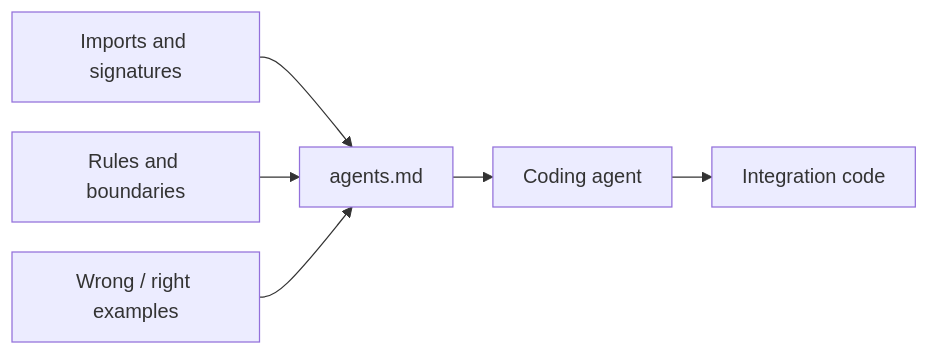
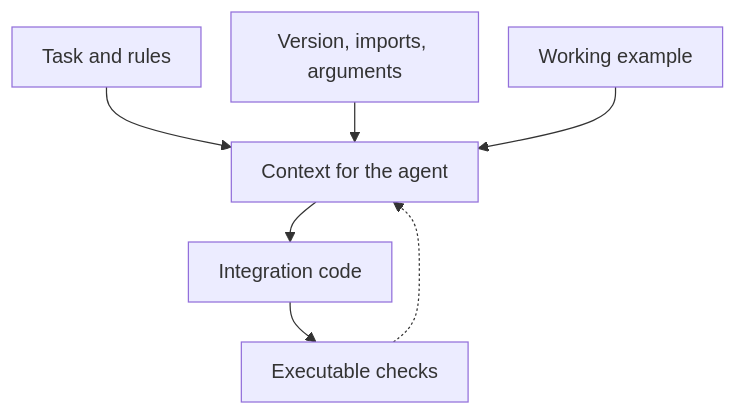
Before and after one commit to bedrock-python/bedrock-python.github.io: the diagram in docs/blog/posts/2026-09-07-documentation-for-ai-coding-agents.md, drawn with Mermaid. The commit also changed other lines of this file and 37 other files, not shown here.

````diff
--- a/docs/blog/posts/2026-09-07-documentation-for-ai-coding-agents.md
+++ b/docs/blog/posts/2026-09-07-documentation-for-ai-coding-agents.md
@@ -57,20 +116,21 @@
 ```mermaid
 ---
 config:
   theme: default
   look: classic
   flowchart:
     useMaxWidth: false
     wrappingWidth: 150
     padding: 12
     nodeSpacing: 24
     rankSpacing: 32
 ---
-flowchart LR
-    accTitle: Give the agent the whole contract
-    accDescr: A single agents page combines imports, signatures, invariants and examples. It reduces the missing context that the model would otherwise fill with guesses.
- A["Imports and signatures"] --> D["agents.md"]
- R["Rules and boundaries"] --> D
- E["Wrong / right examples"] --> D
- D --> M["Coding agent"] --> C["Integration code"]
+flowchart TD
+    accTitle: From a task description to verifiable code
+    accDescr: The task, API details and working example form the context. Integration code is checked, and discovered errors feed back into the documentation.
+    A["Task and rules"] --> D["Context for the agent"]
+    B["Version, imports, arguments"] --> D
+    C["Working example"] --> D
+    D --> E["Integration code"] --> F["Executable checks"]
+    F -.-> D
 ```
````
